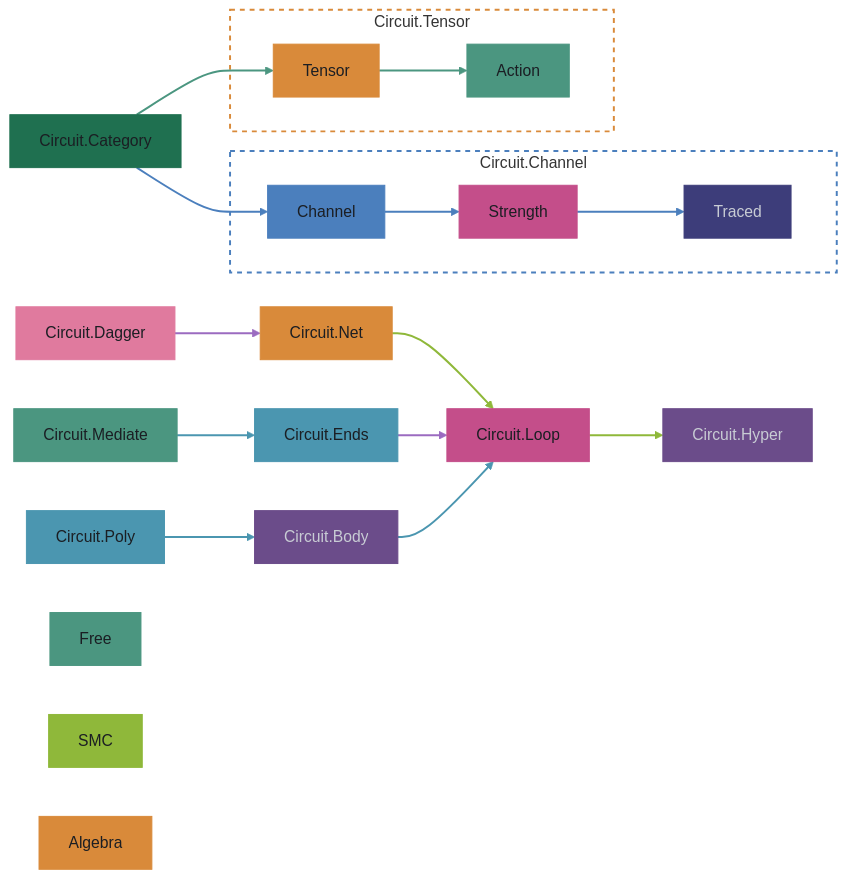
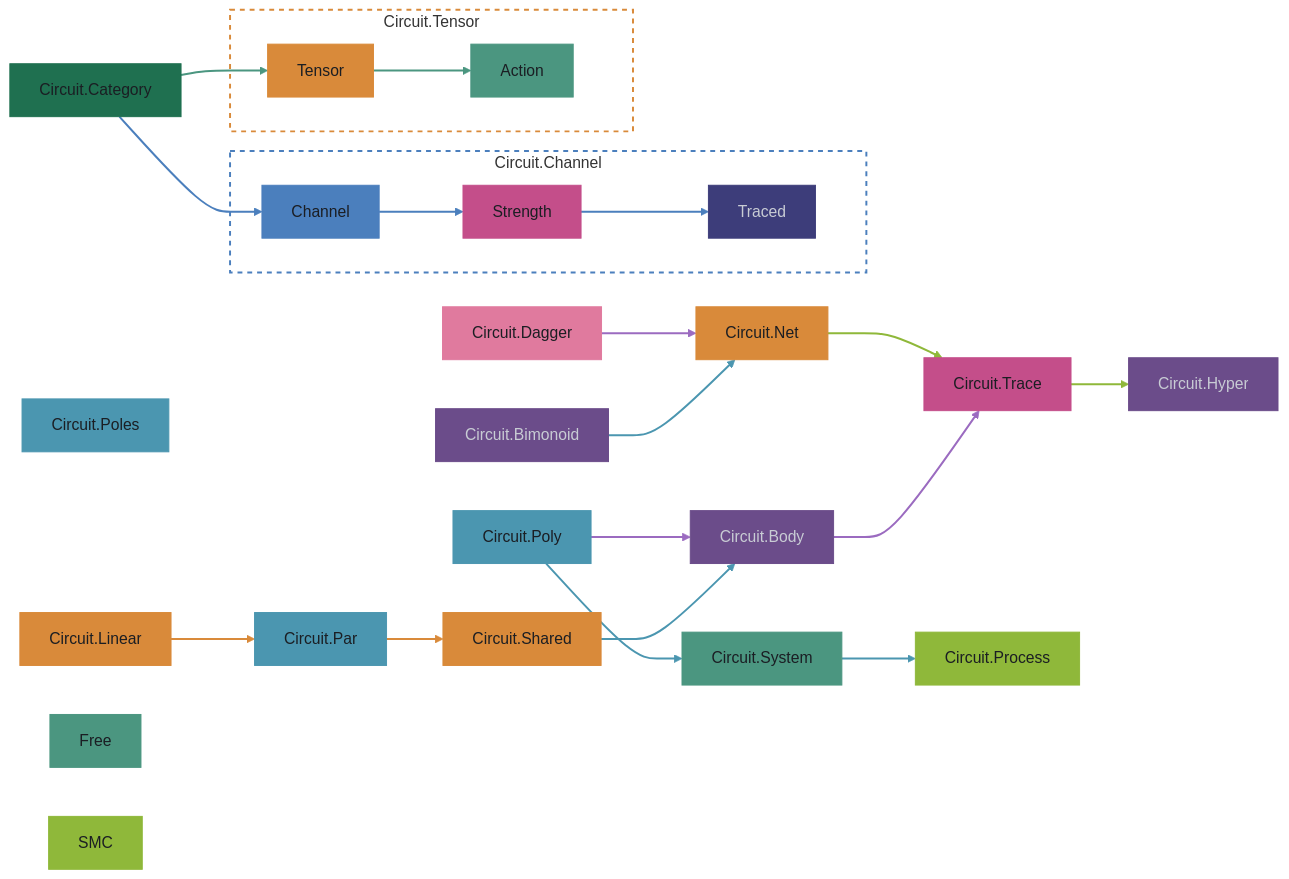
Before and after one commit to tonyday567/circuits: the second of 2 diagrams in readme.md, drawn with Mermaid (forest theme). The commit also changed other lines of this file and 21 other files, not shown here.

Commit message:
docs: align narrative with Trace/Body/Process/System API; repair axioma and haddocks

````diff
--- a/readme.md
+++ b/readme.md
@@ -55,60 +59,74 @@
 ```mermaid
 graph LR
   Category["Circuit.Category"]
 
   subgraph Channel ["Circuit.Channel"]
     ChannelClass["Channel"]
     Strength["Strength"]
     Traced["Traced"]
   end
 
   subgraph Tensor ["Circuit.Tensor"]
     TensorClass["Tensor"]
     Action["Action"]
   end
 
   Net["Circuit.Net"]
-  Loop["Circuit.Loop"]
+  Trace["Circuit.Trace"]
   Hyper["Circuit.Hyper"]
   Dagger["Circuit.Dagger"]
-  Ends["Circuit.Ends"]
+  Poles["Circuit.Poles"]
   Body["Circuit.Body"]
   Poly["Circuit.Poly"]
-  Mediate["Circuit.Mediate"]
+  System["Circuit.System"]
+  Process["Circuit.Process"]
+  Shared["Circuit.Shared"]
+  Bimonoid["Circuit.Bimonoid"]
+  Par["Circuit.Par"]
+  Linear["Circuit.Linear"]
 
   Category --> ChannelClass --> Strength --> Traced
   Category --> TensorClass --> Action
-  Net --> Loop
-  Loop --> Hyper
+  Net --> Trace
+  Trace --> Hyper
   Dagger --> Net
-  Ends --> Loop
+  Body --> Trace
   Poly --> Body
-  Body --> Loop
-  Mediate --> Ends
+  Poly --> System
+  System --> Process
+  Shared --> Body
+  Bimonoid --> Net
+  Par --> Shared
+  Linear --> Par
 
   linkStyle 0,1,2 stroke:#4B7FBD,stroke-width:2px
   linkStyle 3,4 stroke:#4B9680,stroke-width:2px
   linkStyle 5,6 stroke:#8FB83A,stroke-width:2px
-  linkStyle 7,8 stroke:#9B6BC0,stroke-width:2px
-  linkStyle 9,10,11 stroke:#4B96B0,stroke-width:2px
+  linkStyle 7,8,9 stroke:#9B6BC0,stroke-width:2px
+  linkStyle 10,11,12,13 stroke:#4B96B0,stroke-width:2px
+  linkStyle 14,15 stroke:#D98A3A,stroke-width:2px
 
   style Channel fill:transparent,stroke:#4B7FBD,stroke-width:2px,stroke-dasharray: 5 5
   style Tensor fill:transparent,stroke:#D98A3A,stroke-width:2px,stroke-dasharray: 5 5
   style Category fill:#1F7050,stroke:#1F7050,color:#1b1e23
   style ChannelClass fill:#4B7FBD,stroke:#4B7FBD,color:#1b1e23
   style Strength fill:#C44E8A,stroke:#C44E8A,color:#1b1e23
   style Traced fill:#3D3D7A,stroke:#3D3D7A,color:#c8ccd4
   style TensorClass fill:#D98A3A,stroke:#D98A3A,color:#1b1e23
   style Action fill:#4B9680,stroke:#4B9680,color:#1b1e23
   style Free fill:#4B9680,stroke:#4B9680,color:#1b1e23
   style SMC fill:#8FB83A,stroke:#8FB83A,color:#1b1e23
   style Net fill:#D98A3A,stroke:#D98A3A,color:#1b1e23
-  style Loop fill:#C44E8A,stroke:#C44E8A,color:#1b1e23
+  style Trace fill:#C44E8A,stroke:#C44E8A,color:#1b1e23
   style Hyper fill:#6B4C8A,stroke:#6B4C8A,color:#c8ccd4
   style Dagger fill:#E07A9E,stroke:#E07A9E,color:#1b1e23
-  style Ends fill:#4B96B0,stroke:#4B96B0,color:#1b1e23
+  style Poles fill:#4B96B0,stroke:#4B96B0,color:#1b1e23
   style Body fill:#6B4C8A,stroke:#6B4C8A,color:#c8ccd4
   style Poly fill:#4B96B0,stroke:#4B96B0,color:#1b1e23
-  style Algebra fill:#D98A3A,stroke:#D98A3A,color:#1b1e23
-  style Mediate fill:#4B9680,stroke:#4B9680,color:#1b1e23
+  style System fill:#4B9680,stroke:#4B9680,color:#1b1e23
+  style Process fill:#8FB83A,stroke:#8FB83A,color:#1b1e23
+  style Shared fill:#D98A3A,stroke:#D98A3A,color:#1b1e23
+  style Bimonoid fill:#6B4C8A,stroke:#6B4C8A,color:#c8ccd4
+  style Par fill:#4B96B0,stroke:#4B96B0,color:#1b1e23
+  style Linear fill:#D98A3A,stroke:#D98A3A,color:#1b1e23
 ```
````
